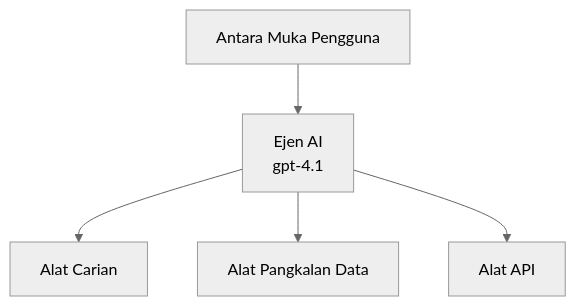
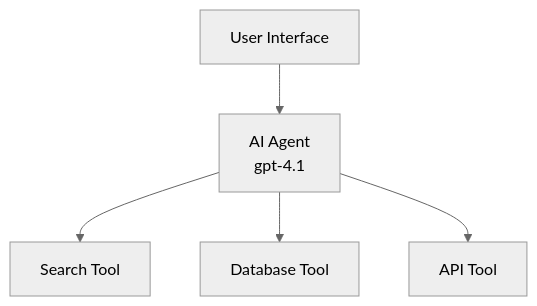
The first of 3 diagrams in translations/ms/docs/chapter-02-ai-development/agents.md (microsoft/AZD-for-beginners), drawn with Mermaid (neutral theme) before and after one commit. The commit also changed other lines of this file and 167 other files, not shown here.

````diff
--- a/translations/ms/docs/chapter-02-ai-development/agents.md
+++ b/translations/ms/docs/chapter-02-ai-development/agents.md
@@ -162,7 +159,7 @@
 ```mermaid
 graph TD
-    UI[Antara Muka Pengguna] --> Agent[Ejen AI<br/>gpt-4.1]
-    Agent --> Search[Alat Carian]
-    Agent --> Database[Alat Pangkalan Data]
-    Agent --> API[Alat API]
+    UI[User Interface] --> Agent[AI Agent<br/>gpt-4.1]
+    Agent --> Search[Search Tool]
+    Agent --> Database[Database Tool]
+    Agent --> API[API Tool]
 ```
````
